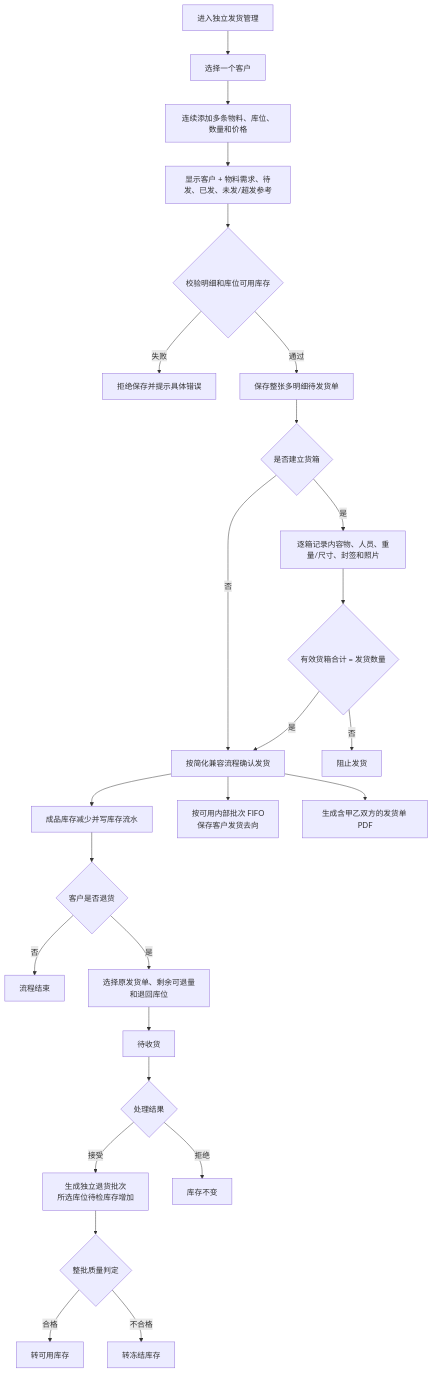
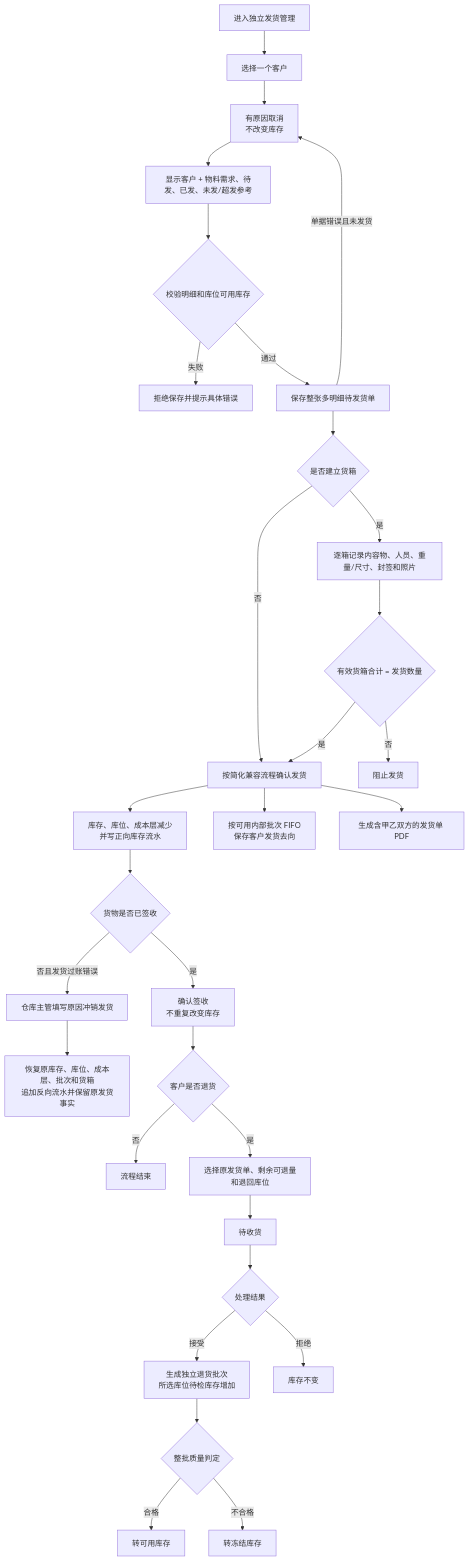
One commit to goldf2/mes-lite changed diagram 16 of 18 in docs/minierp/system-function-flow.md. Above: the diagram before and after it, drawn with Mermaid. The commit also changed other lines of this file and 43 other files, not shown here.

````diff
--- a/docs/minierp/system-function-flow.md
+++ b/docs/minierp/system-function-flow.md
@@ -549,28 +549,33 @@
 ```mermaid
 flowchart TD
   A["进入独立发货管理"] --> B["选择一个客户"]
   B --> C["连续添加多条物料、库位、数量和价格"]
   C --> R["显示客户 + 物料需求、待发、已发、未发/超发参考"]
   R --> V{"校验明细和库位可用库存"}
   V -->|失败| X["拒绝保存并提示具体错误"]
   V -->|通过| P["保存整张多明细待发货单"]
   P --> B1{"是否建立货箱"}
   B1 -->|否| S["按简化兼容流程确认发货"]
   B1 -->|是| B2["逐箱记录内容物、人员、重量/尺寸、封签和照片"]
   B2 --> B3{"有效货箱合计 = 发货数量"}
   B3 -->|否| X2["阻止发货"]
   B3 -->|是| S
-  S --> D["成品库存减少并写库存流水"]
+  P -->|单据错误且未发货| C["有原因取消<br/>不改变库存"]
+  S --> D["库存、库位、成本层减少<br/>并写正向库存流水"]
   S --> T["按可用内部批次 FIFO<br/>保存客户发货去向"]
   S --> E["生成含甲乙双方的发货单 PDF"]
-  D --> F{"客户是否退货"}
-  F -->|否| G["流程结束"]
-  F -->|是| H["选择原发货单、剩余可退量<br/>和退回库位"]
-  H --> I["待收货"]
-  I --> J{"处理结果"}
-  J -->|接受| K["生成独立退货批次<br/>所选库位待检库存增加"]
-  K --> M{"整批质量判定"}
+  D --> F{"货物是否已签收"}
+  F -->|否且发货过账错误| R1["仓库主管填写原因冲销发货"]
+  R1 --> R2["恢复原库存、库位、成本层、批次和货箱<br/>追加反向流水并保留原发货事实"]
+  F -->|是| G["确认签收<br/>不重复改变库存"]
+  G --> H{"客户是否退货"}
+  H -->|否| Z["流程结束"]
+  H -->|是| I["选择原发货单、剩余可退量<br/>和退回库位"]
+  I --> J["待收货"]
+  J --> K{"处理结果"}
+  K -->|接受| L["生成独立退货批次<br/>所选库位待检库存增加"]
+  L --> M{"整批质量判定"}
   M -->|合格| N["转可用库存"]
   M -->|不合格| O2["转冻结库存"]
-  J -->|拒绝| L["库存不变"]
+  K -->|拒绝| O3["库存不变"]
 ```
````
